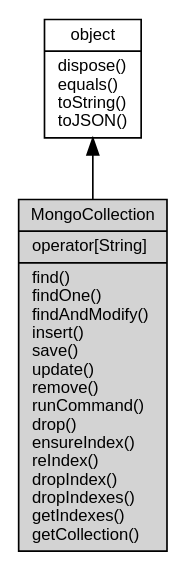
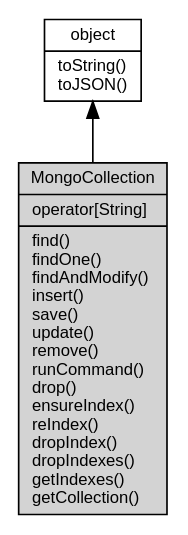
One commit to asionius/fibjs-ceph changed the diagram in docs/object/ifs/MongoCollection.md. Above: the diagram before and after it, drawn with Graphviz. The commit also changed other lines of this file and 138 other files, not shown here.

````diff
--- a/docs/object/ifs/MongoCollection.md
+++ b/docs/object/ifs/MongoCollection.md
@@ -12,10 +12,10 @@
 ```dot
 digraph {
     node [fontname="Helvetica,sans-Serif", fontsize=10, shape="record", style="filled", fillcolor="white"];
 
-    object [tooltip="object", URL="object.md", label="{object|dispose()\lequals()\ltoString()\ltoJSON()\l}"];
-    MongoCollection [tooltip="MongoCollection", fillcolor="lightgray", label="{MongoCollection|operator[String]\l|find()\lfindOne()\lfindAndModify()\linsert()\lsave()\lupdate()\lremove()\lrunCommand()\ldrop()\lensureIndex()\lreIndex()\ldropIndex()\ldropIndexes()\lgetIndexes()\lgetCollection()\l}"];
+    object [tooltip="object", URL="object.md", label="{object|toString()\ltoJSON()\l}"];
+    MongoCollection [tooltip="MongoCollection", fillcolor="lightgray", id="me", label="{MongoCollection|operator[String]\l|find()\lfindOne()\lfindAndModify()\linsert()\lsave()\lupdate()\lremove()\lrunCommand()\ldrop()\lensureIndex()\lreIndex()\ldropIndex()\ldropIndexes()\lgetIndexes()\lgetCollection()\l}"];
 
     object -> MongoCollection [dir=back];
 }
 ```
````
